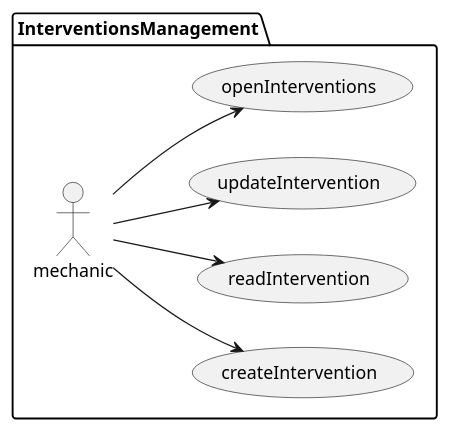
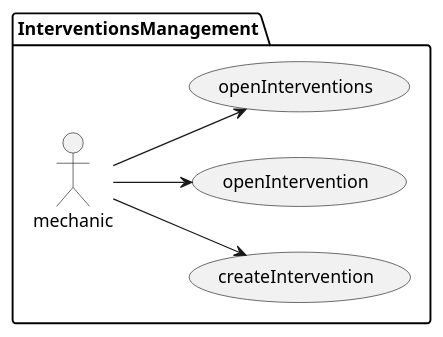
The diagram in documentation/requiremets/usecases/puml/interventionUsecases.puml (Ruskab/agrimManager), drawn with PlantUML before and after one commit. The commit also changed 31 other files, not shown here.

```diff
--- a/documentation/requiremets/usecases/puml/interventionUsecases.puml
+++ b/documentation/requiremets/usecases/puml/interventionUsecases.puml
@@ -1,11 +1,10 @@
 @startuml
 left to right direction
 
 
 package InterventionsManagement {
 :mechanic: --> (createIntervention)
-:mechanic: --> (readIntervention)
-:mechanic: --> (updateIntervention)
+:mechanic: --> (openIntervention)
 :mechanic: --> (openInterventions)
 }
 @enduml
```
